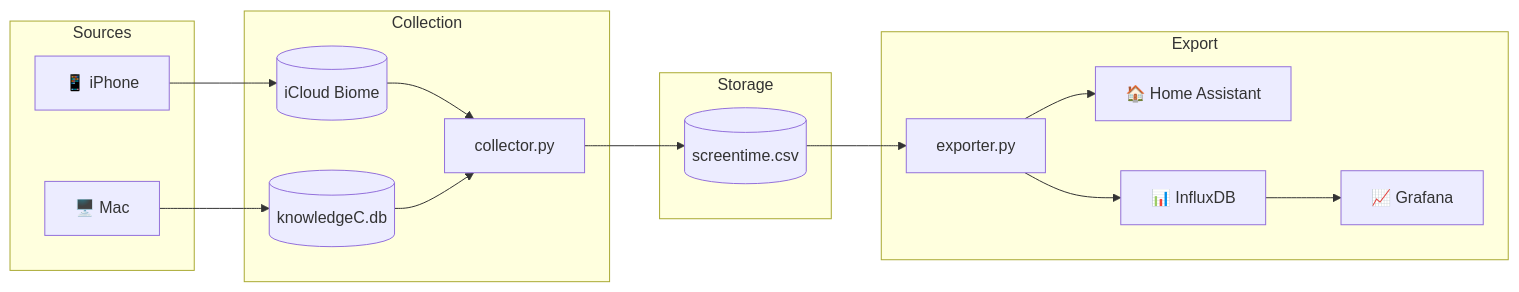
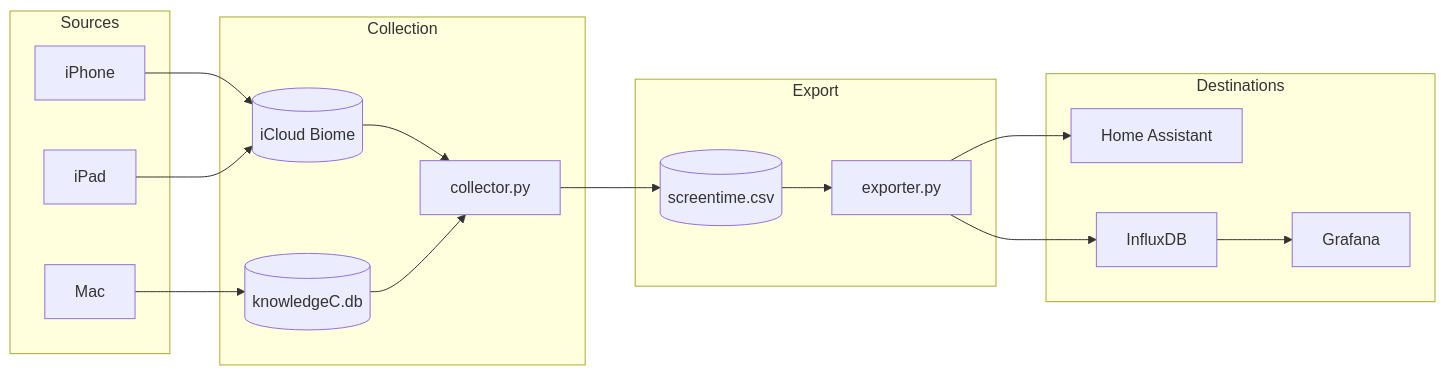
One commit to nichtlegacy/screentime changed the diagram in README.md. Above: the diagram before and after it, drawn with Mermaid. The commit also changed other lines of this file and 6 other files, not shown here.

````diff
--- a/README.md
+++ b/README.md
@@ -15,31 +48,32 @@
 ```mermaid
 flowchart LR
     subgraph Sources
-        iPhone[📱 iPhone]
-        Mac[🖥️ Mac]
+        iPhone[iPhone]
+        iPad[iPad]
+        Mac[Mac]
     end
 
     subgraph Collection
         Biome[(iCloud Biome)]
         KnowledgeDB[(knowledgeC.db)]
         Collector[collector.py]
     end
 
-    subgraph Storage
+    subgraph Export
         CSV[(screentime.csv)]
+        Exporter[exporter.py]
     end
 
-    subgraph Export
-        Exporter[exporter.py]
-        HA[🏠 Home Assistant]
-        Influx[📊 InfluxDB]
-        Grafana[📈 Grafana]
+    subgraph Destinations
+        HA[Home Assistant]
+        Influx[InfluxDB]
+        Grafana[Grafana]
     end
 
     iPhone --> Biome --> Collector
+    iPad --> Biome
     Mac --> KnowledgeDB --> Collector
-    Collector --> CSV
-    CSV --> Exporter
+    Collector --> CSV --> Exporter
     Exporter --> HA
     Exporter --> Influx --> Grafana
 ```
````
